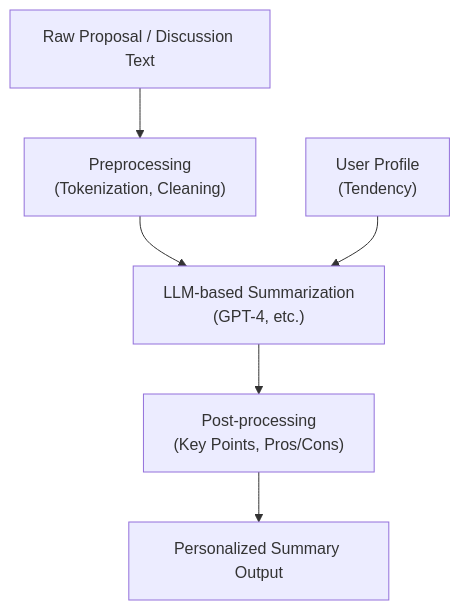
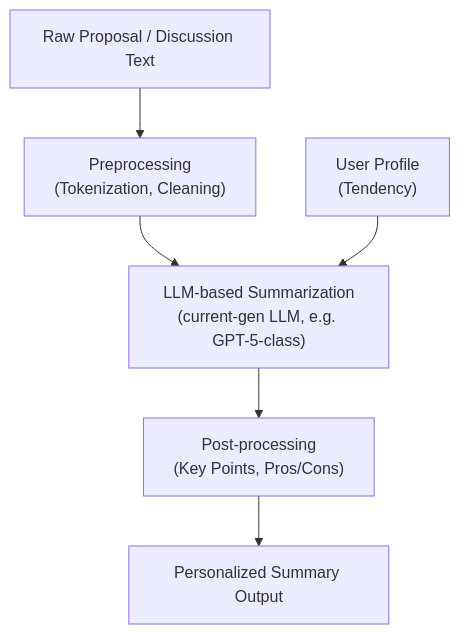
Before and after one commit to mossland/MosslandAI: the second of 3 diagrams in AI-DAO-Summarization/AI_Based_User_Profiling_DAO_Summary_System.md, drawn with Mermaid. The commit also changed other lines of this file and 45 other files, not shown here.

````diff
--- a/AI-DAO-Summarization/AI_Based_User_Profiling_DAO_Summary_System.md
+++ b/AI-DAO-Summarization/AI_Based_User_Profiling_DAO_Summary_System.md
@@ -143,8 +143,8 @@
 ```mermaid
 flowchart TB
     A["Raw Proposal / Discussion Text"] --> B["Preprocessing\n(Tokenization, Cleaning)"]
-    B --> C["LLM-based Summarization\n(GPT-4, etc.)"]
+    B --> C["LLM-based Summarization\n(current-gen LLM, e.g. GPT-5-class)"]
     C --> D["Post-processing\n(Key Points, Pros/Cons)"]
     E["User Profile\n(Tendency)"] --> C
     D --> F["Personalized Summary Output"]
 ```
````
